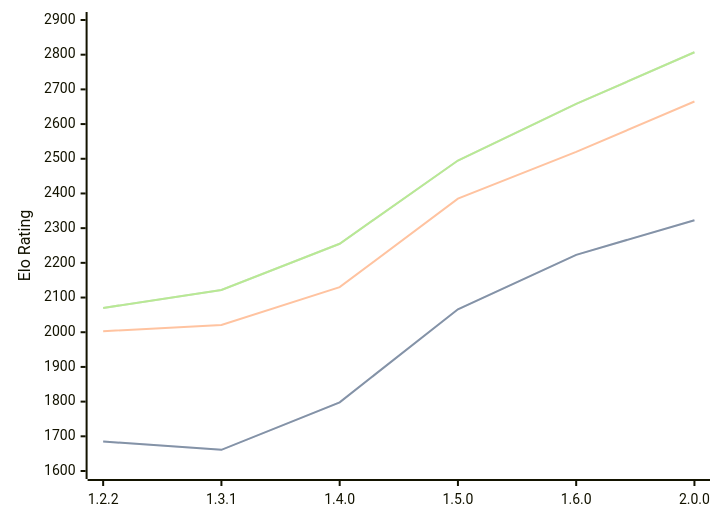
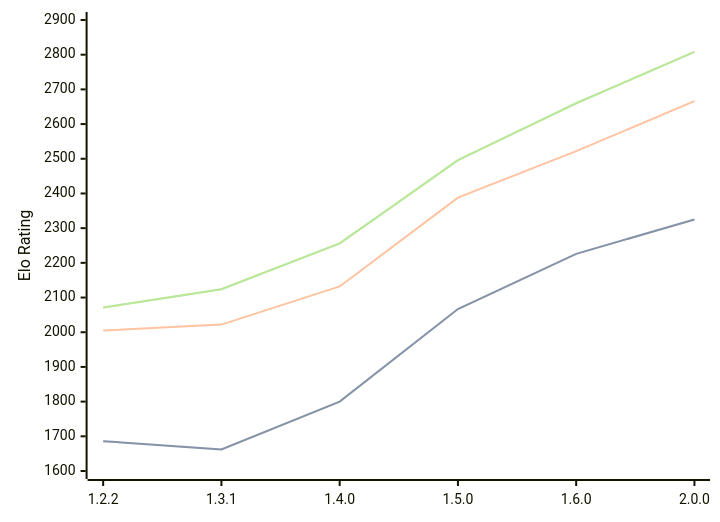
One commit to computer-chess-index/cci changed the diagram in engines/SoloEngine.md. Above: the diagram before and after it, drawn with Mermaid. The commit also changed other lines of this file, not shown here.

Commit message:
Update CCI Ratings (ELO VLTC) - 2026-05-16

````diff
--- a/engines/SoloEngine.md
+++ b/engines/SoloEngine.md
@@ -37,11 +37,11 @@
 ```mermaid
 %%{init: {"theme":"base","themeVariables":{"seriesColors:['#a3a3a3','#222221','#faa371']}}}%%
 xychart-beta
   x-axis ["1.2.2", "1.3.1", "1.4.0", "1.5.0", "1.6.0", "2.0.0"]
   y-axis "Elo Rating" 1600 --> 2900
-  line "STC (8.0+0.08s)" [1685, 1661, 1798, 2066, 2223, 2323]
-  line "STC (8.0+0.08s)" [1685, 1661, 1798, 2066, 2223, 2323]
-  line "LTC (60.0+0.60s)" [2003, 2021, 2130, 2385, 2520, 2665]
-  line "VLTC (2m24s+1.12s)" [2070, 2122, 2255, 2495, 2658, 2807]
-  line "VLTC (2m24s+1.12s)" [2070, 2122, 2255, 2495, 2658, 2807]
+  line "STC (8.0+0.08s)" [1686, 1662, 1800, 2067, 2226, 2325]
+  line "STC (8.0+0.08s)" [1686, 1662, 1800, 2067, 2226, 2325]
+  line "LTC (60.0+0.60s)" [2005, 2022, 2132, 2388, 2522, 2666]
+  line "VLTC (2m24s+1.12s)" [2071, 2124, 2256, 2496, 2660, 2808]
+  line "VLTC (2m24s+1.12s)" [2071, 2124, 2256, 2496, 2660, 2808]
 ```
````
